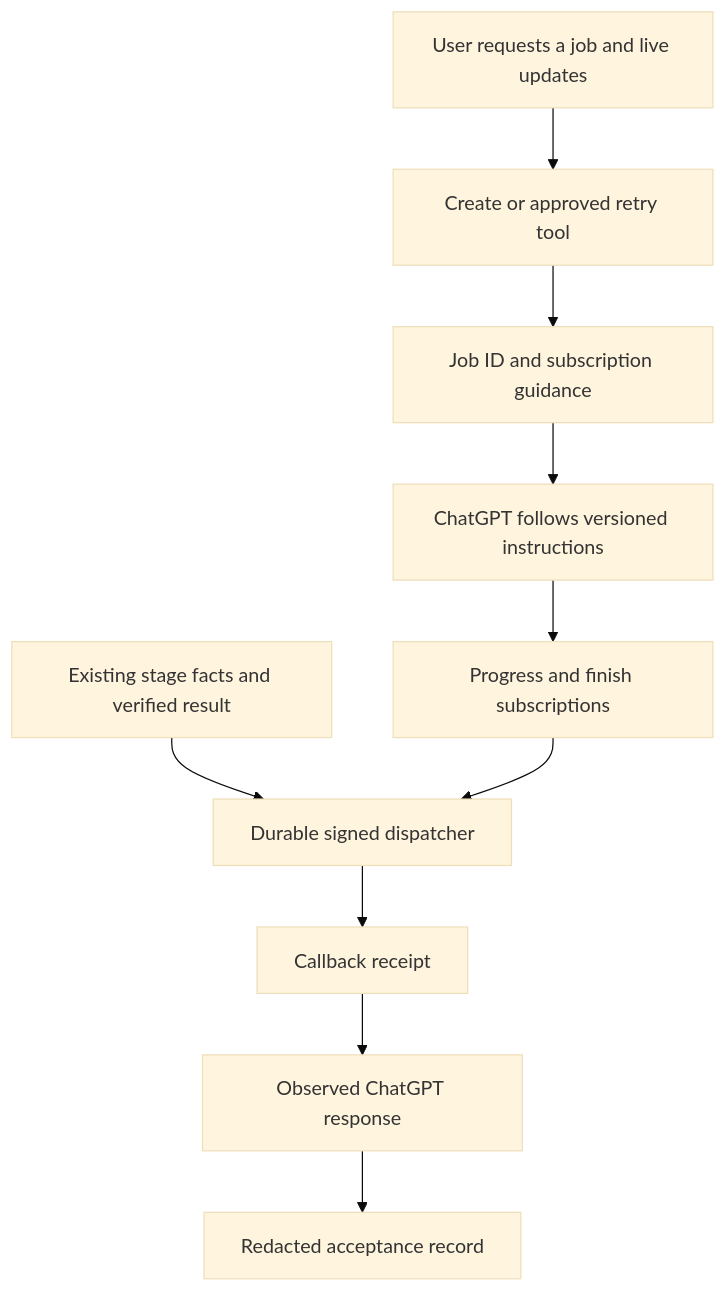
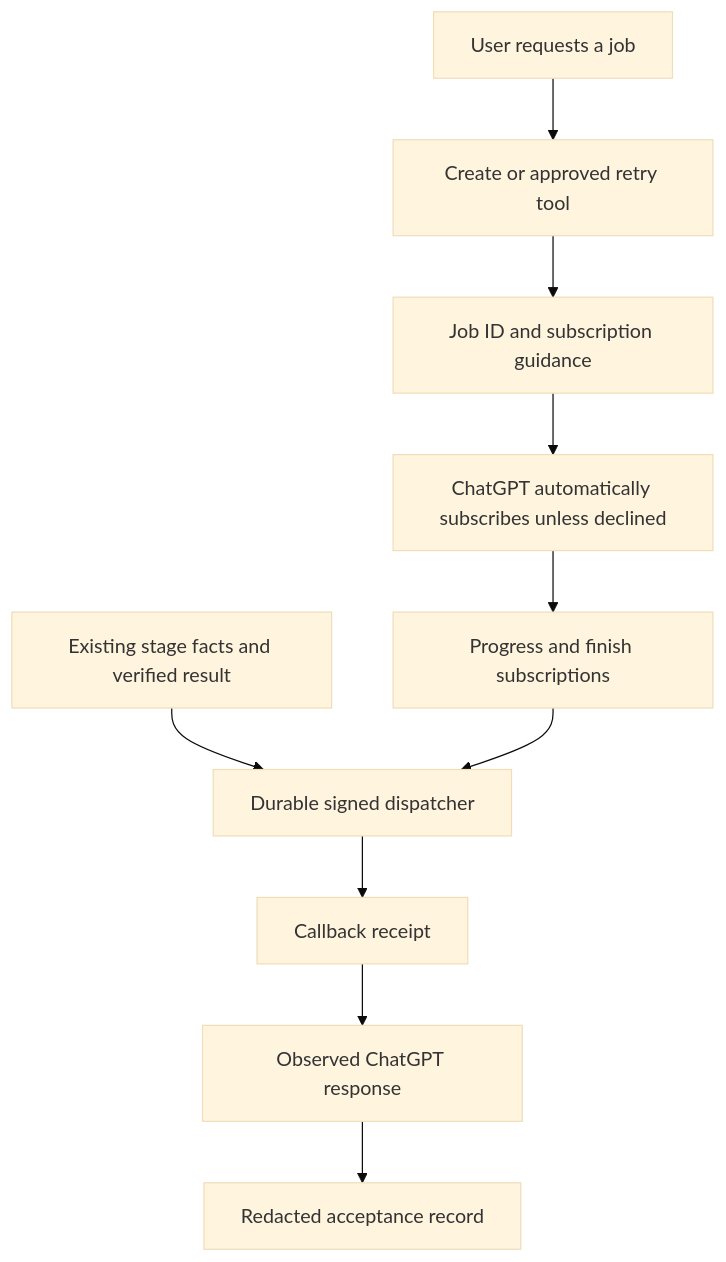
Before and after one commit to feraranas/just-a-clipper-engine: the first of 2 diagrams in docs/features/mcp-events-chat-experience.md, drawn with Mermaid (base theme). The commit also changed other lines of this file and 6 other files, not shown here.

````diff
--- a/docs/features/mcp-events-chat-experience.md
+++ b/docs/features/mcp-events-chat-experience.md
@@ -22,12 +27,12 @@
 ```mermaid
 flowchart TD
-  User[User requests a job and live updates] --> Tools[Create or approved retry tool]
+  User[User requests a job] --> Tools[Create or approved retry tool]
   Tools --> Job[Job ID and subscription guidance]
-  Job --> Chat[ChatGPT follows versioned instructions]
+  Job --> Chat[ChatGPT automatically subscribes unless declined]
   Chat --> Subs[Progress and finish subscriptions]
   Facts[Existing stage facts and verified result] --> Delivery[Durable signed dispatcher]
   Subs --> Delivery
   Delivery --> Receipt[Callback receipt]
   Receipt --> Display[Observed ChatGPT response]
   Display --> Evidence[Redacted acceptance record]
 ```
````
